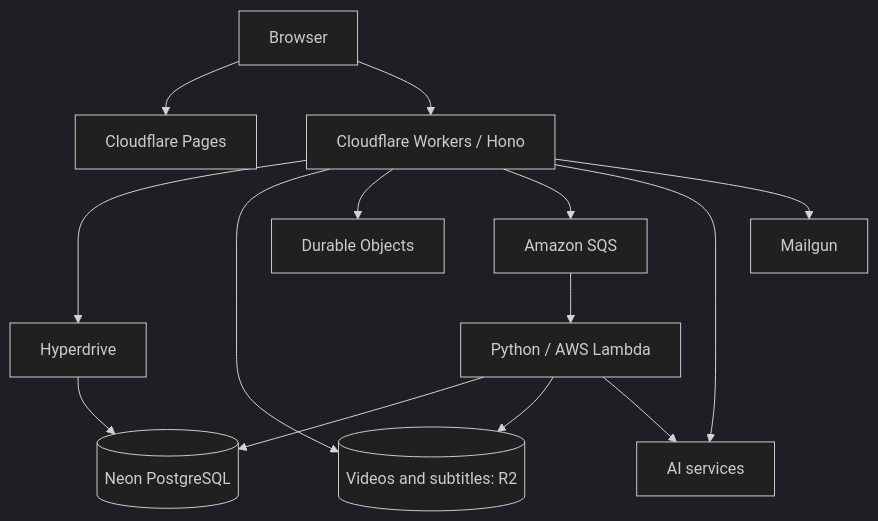
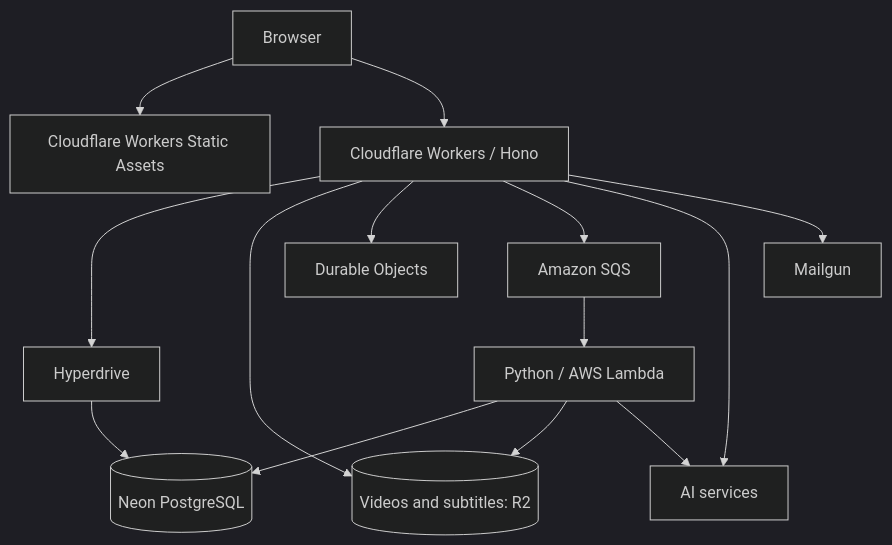
Before and after one commit to yukiharada1228/videoq: the second of 2 diagrams in docs/architecture/system-configuration-diagram.md, drawn with Mermaid (dark theme). The commit also changed other lines of this file and 21 other files, not shown here.

First line of the commit message:
feat(web): migrate Pages frontend to Workers Static Assets (#945)

````diff
--- a/docs/architecture/system-configuration-diagram.md
+++ b/docs/architecture/system-configuration-diagram.md
@@ -48,15 +48,15 @@
 ```mermaid
 flowchart TB
-    User[Browser] --> Pages[Cloudflare Pages]
+    User[Browser] --> Web[Cloudflare Workers Static Assets]
     User --> API[Cloudflare Workers / Hono]
     API --> HD[Hyperdrive] --> DB[(Neon PostgreSQL)]
     API --> R2[(Videos and subtitles: R2)]
     API --> DO[Durable Objects]
     API --> Queue[Amazon SQS]
     Queue --> Worker[Python / AWS Lambda]
     Worker --> DB
     Worker --> R2
     API --> AI[AI services]
     Worker --> AI
     API --> Mail[Mailgun]
 ```
````
